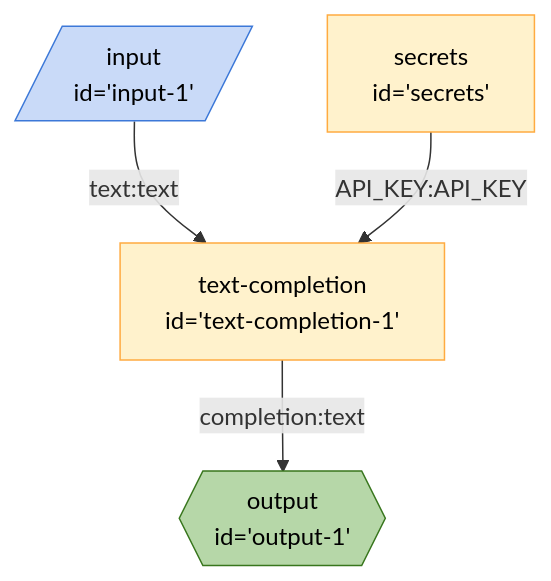
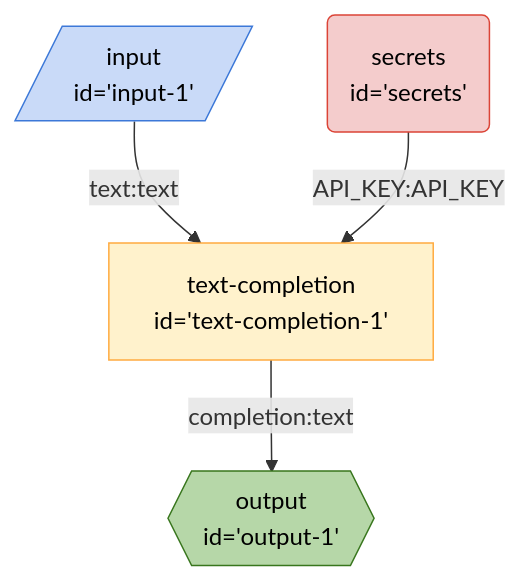
One commit to breadboard-ai/breadboard changed the diagram in seeds/graph-playground/docs/graphs/simplest.md. Above: the diagram before and after it, drawn with Mermaid. The commit also changed 14 other files, not shown here.

Commit message:
[graphs] Make `secrets` more prominent on diagrams.

````diff
--- a/seeds/graph-playground/docs/graphs/simplest.md
+++ b/seeds/graph-playground/docs/graphs/simplest.md
@@ -4,20 +4,21 @@
 ```mermaid
 %%{init: 'themeVariables': { 'fontFamily': 'Fira Code, monospace' }}%%
 graph TD;
 input1[/"input
 id='input-1'"/]:::input -- text:text --> textcompletion1["text-completion
 id='text-completion-1'"]
-secrets["secrets
-id='secrets'"] -- API_KEY:API_KEY --> textcompletion1["text-completion
+secrets("secrets
+id='secrets'"):::secrets -- API_KEY:API_KEY --> textcompletion1["text-completion
 id='text-completion-1'"]
 textcompletion1["text-completion
 id='text-completion-1'"] -- completion:text --> output1{{"output
 id='output-1'"}}:::output
 classDef default stroke:#ffab40,fill:#fff2ccff,color:#000
 classDef input stroke:#3c78d8,fill:#c9daf8ff,color:#000
 classDef output stroke:#38761d,fill:#b6d7a8ff,color:#000
 classDef passthrough stroke:#a64d79,fill:#ead1dcff,color:#000
 classDef slot stroke:#a64d79,fill:#ead1dcff,color:#000
 classDef config stroke:#a64d79,fill:#ead1dcff,color:#000
+classDef secrets stroke:#db4437,fill:#f4cccc,color:#000
 classDef slotted stroke:#a64d79
 ```
````
